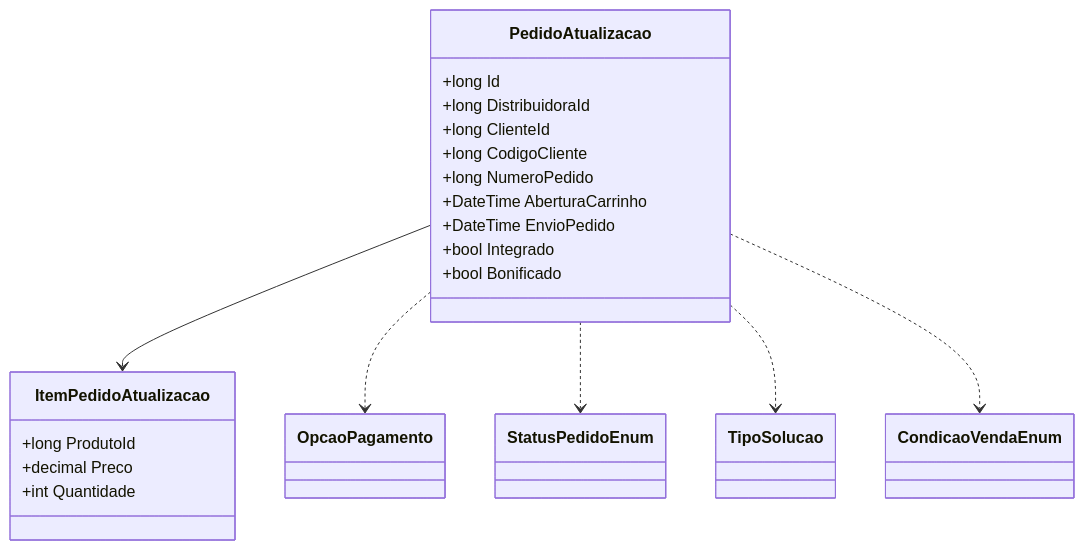
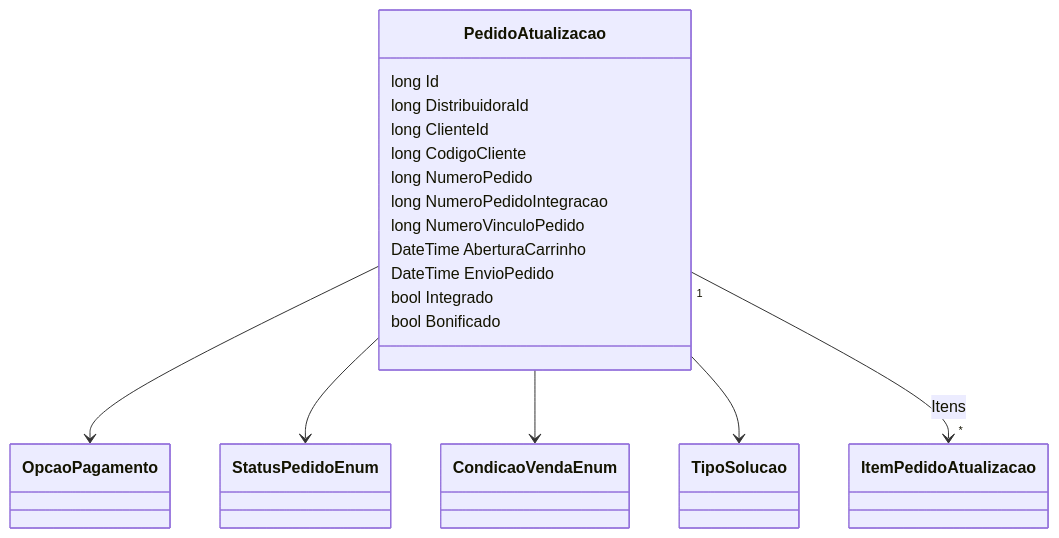
Before and after one commit to IsthmusSistemas/documentacao-tecnica: the diagram in docs/b2b-dominio/IsthmusWinthor.Nucleo/IsthmusWinthor.Dominio/POCO/Pedidos/PedidoAtualizacao.md, drawn with Mermaid. The commit also changed other lines of this file and 882 other files, not shown here.

````diff
--- a/docs/b2b-dominio/IsthmusWinthor.Nucleo/IsthmusWinthor.Dominio/POCO/Pedidos/PedidoAtualizacao.md
+++ b/docs/b2b-dominio/IsthmusWinthor.Nucleo/IsthmusWinthor.Dominio/POCO/Pedidos/PedidoAtualizacao.md
@@ -48,26 +37,22 @@
 ```mermaid
 classDiagram
     class PedidoAtualizacao {
-        +long Id
-        +long DistribuidoraId
-        +long ClienteId
-        +long CodigoCliente
-        +long NumeroPedido
-        +DateTime AberturaCarrinho
-        +DateTime EnvioPedido
-        +bool Integrado
-        +bool Bonificado
+        long Id
+        long DistribuidoraId
+        long ClienteId
+        long CodigoCliente
+        long NumeroPedido
+        long NumeroPedidoIntegracao
+        long NumeroVinculoPedido
+        DateTime AberturaCarrinho
+        DateTime EnvioPedido
+        bool Integrado
+        bool Bonificado
     }
-
-    class ItemPedidoAtualizacao {
-        +long ProdutoId
-        +decimal Preco
-        +int Quantidade
-    }
-
-    PedidoAtualizacao --> ItemPedidoAtualizacao
-    PedidoAtualizacao ..> OpcaoPagamento
-    PedidoAtualizacao ..> StatusPedidoEnum
-    PedidoAtualizacao ..> TipoSolucao
-    PedidoAtualizacao ..> CondicaoVendaEnum
+    
+    PedidoAtualizacao --> OpcaoPagamento
+    PedidoAtualizacao --> StatusPedidoEnum
+    PedidoAtualizacao --> CondicaoVendaEnum
+    PedidoAtualizacao --> TipoSolucao
+    PedidoAtualizacao "1" --> "*" ItemPedidoAtualizacao : Itens
 ``` 
````
